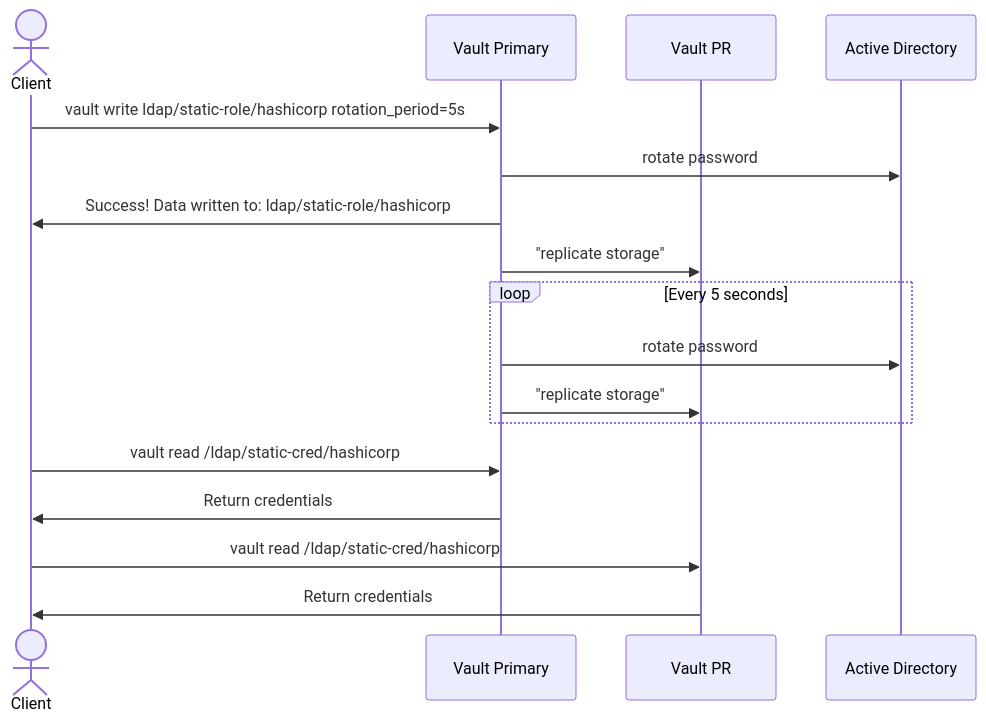
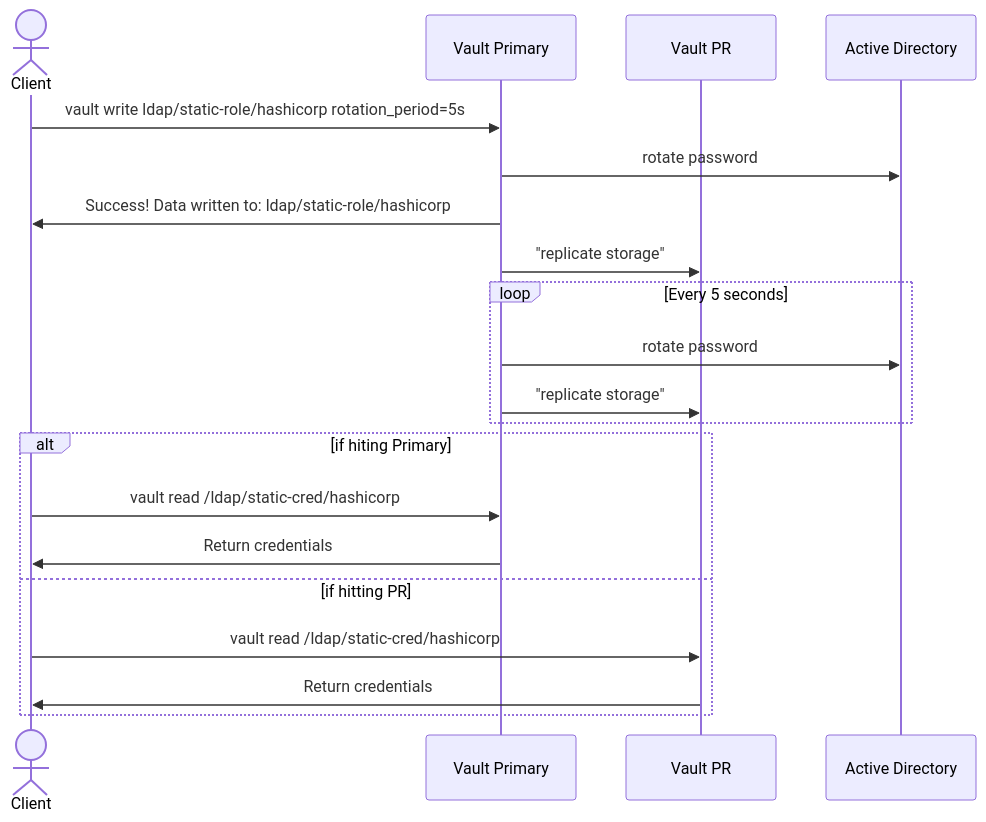
The third of 3 diagrams in README.md (tallen-hashicorp/vault-pr-ad-testing), drawn with Mermaid before and after one commit.

Commit message:
Adding an if statement

````diff
--- a/README.md
+++ b/README.md
@@ -231,19 +231,22 @@
 ```mermaid
 sequenceDiagram
     actor c as Client
     participant vp as Vault Primary
     participant vpr as Vault PR
     participant ad as Active Directory
     c->>vp: vault write ldap/static-role/hashicorp rotation_period=5s
     vp->>ad: rotate password
     vp->>c: Success! Data written to: ldap/static-role/hashicorp
     vp->>vpr: "replicate storage"
     loop Every 5 seconds
         vp->>ad: rotate password
         vp->>vpr: "replicate storage"
     end
-    c->>vp: vault read /ldap/static-cred/hashicorp
-    vp->>c: Return credentials
-    c->>vpr: vault read /ldap/static-cred/hashicorp
-    vpr->>c: Return credentials
+    alt if hiting Primary
+        c->>vp: vault read /ldap/static-cred/hashicorp
+        vp->>c: Return credentials
+    else if hitting PR
+        c->>vpr: vault read /ldap/static-cred/hashicorp
+        vpr->>c: Return credentials
+    end
 ```
````
